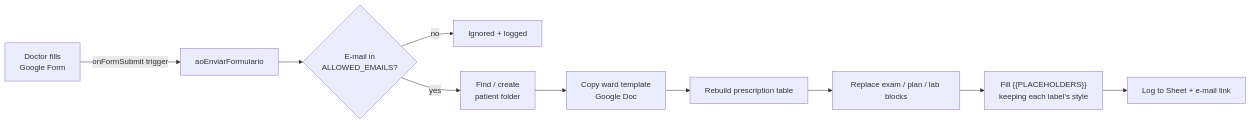
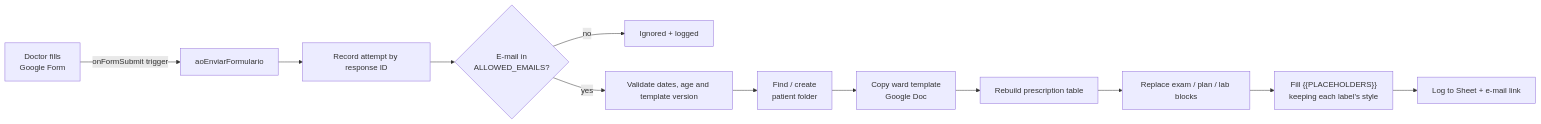
The diagram in README.md (helberjf/appscript-medical-record), drawn with Mermaid before and after one commit. The commit also changed other lines of this file and 16 other files, not shown here.

````diff
--- a/README.md
+++ b/README.md
@@ -31,12 +33,14 @@
 ```mermaid
 flowchart LR
     A[Doctor fills<br/>Google Form] -->|onFormSubmit trigger| B[aoEnviarFormulario]
-    B --> C{E-mail in<br/>ALLOWED_EMAILS?}
+    B --> T[Record attempt by response ID]
+    T --> C{E-mail in<br/>ALLOWED_EMAILS?}
     C -- no --> X[Ignored + logged]
-    C -- yes --> D[Find / create<br/>patient folder]
+    C -- yes --> V[Validate dates, age and template version]
+    V --> D[Find / create<br/>patient folder]
     D --> E[Copy ward template<br/>Google Doc]
     E --> F[Rebuild prescription table]
     F --> G[Replace exam / plan / lab blocks]
     G --> H["Fill {{PLACEHOLDERS}}<br/>keeping each label's style"]
     H --> I[Log to Sheet + e-mail link]
 ```
````
